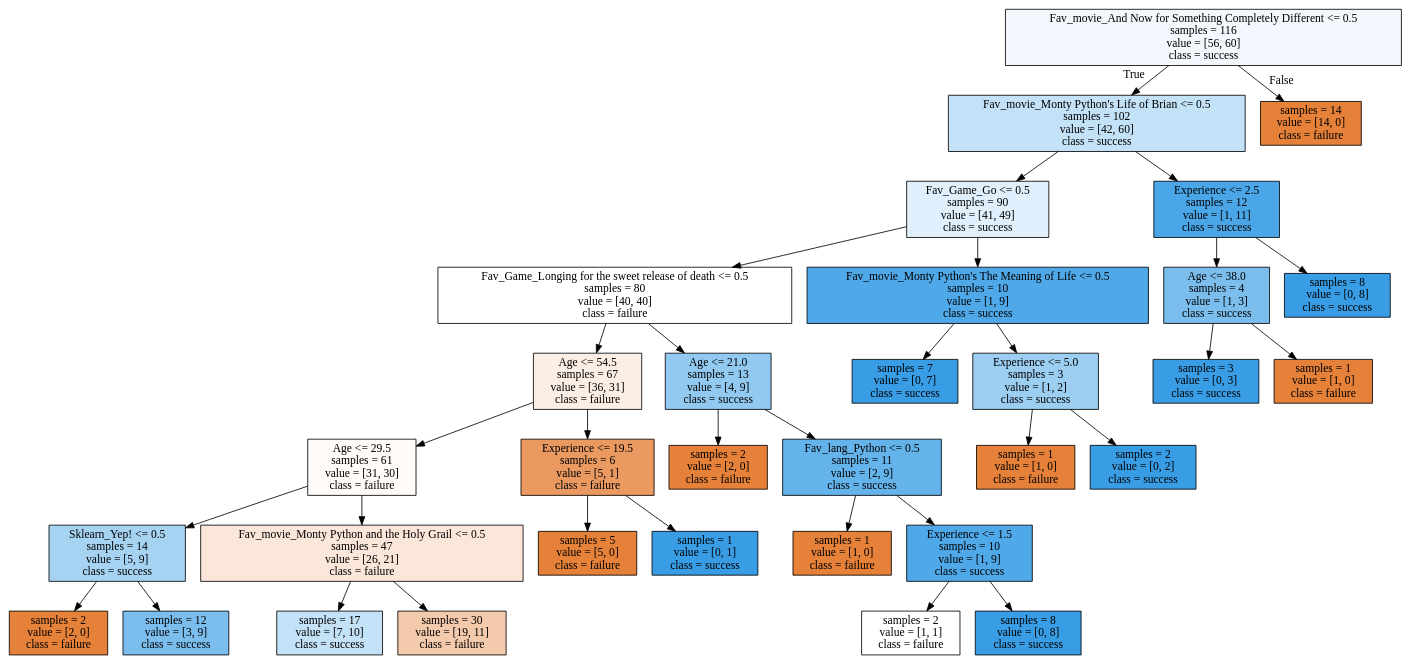
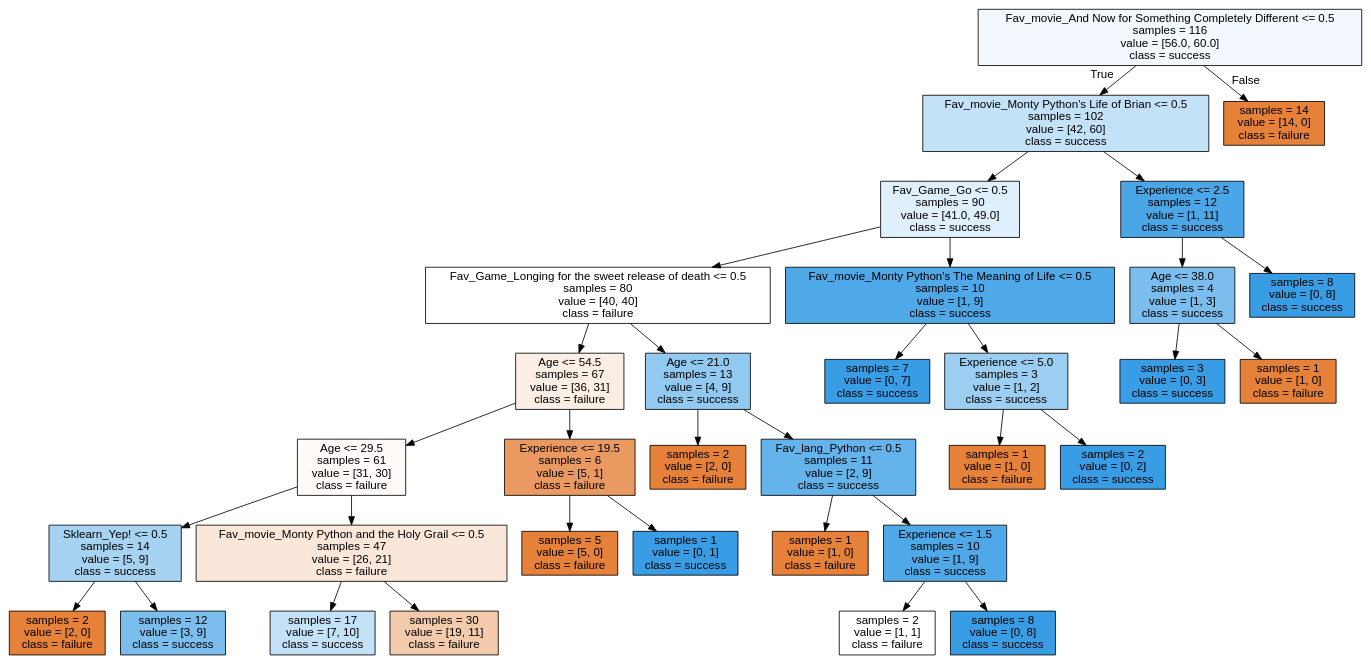
The diagram in ml-good.dot (ErudioOne/scikit-learn), drawn with Graphviz before and after one commit. The commit also changed 1 other file, not shown here.

```diff
--- a/ml-good.dot
+++ b/ml-good.dot
@@ -1,68 +1,69 @@
 digraph Tree {
-node [shape=box, style="filled", color="black"] ;
-0 [label="Fav_movie_And Now for Something Completely Different <= 0.5\nsamples = 116\nvalue = [56, 60]\nclass = success", fillcolor="#f2f8fd"] ;
+node [shape=box, style="filled", color="black", fontname="helvetica"] ;
+edge [fontname="helvetica"] ;
+0 [label="Fav_movie_And Now for Something Completely Different <= 0.5\nsamples = 116\nvalue = [56.0, 60.0]\nclass = success", fillcolor="#f2f8fd"] ;
 1 [label="Fav_movie_Monty Python's Life of Brian <= 0.5\nsamples = 102\nvalue = [42, 60]\nclass = success", fillcolor="#c4e2f7"] ;
 0 -> 1 [labeldistance=2.5, labelangle=45, headlabel="True"] ;
-2 [label="Fav_Game_Go <= 0.5\nsamples = 90\nvalue = [41, 49]\nclass = success", fillcolor="#dfeffb"] ;
+2 [label="Fav_Game_Go <= 0.5\nsamples = 90\nvalue = [41.0, 49.0]\nclass = success", fillcolor="#dfeffb"] ;
 1 -> 2 ;
 3 [label="Fav_Game_Longing for the sweet release of death <= 0.5\nsamples = 80\nvalue = [40, 40]\nclass = failure", fillcolor="#ffffff"] ;
 2 -> 3 ;
 4 [label="Age <= 54.5\nsamples = 67\nvalue = [36, 31]\nclass = failure", fillcolor="#fbeee4"] ;
 3 -> 4 ;
 5 [label="Age <= 29.5\nsamples = 61\nvalue = [31, 30]\nclass = failure", fillcolor="#fefbf9"] ;
 4 -> 5 ;
 6 [label="Sklearn_Yep! <= 0.5\nsamples = 14\nvalue = [5, 9]\nclass = success", fillcolor="#a7d3f3"] ;
 5 -> 6 ;
 7 [label="samples = 2\nvalue = [2, 0]\nclass = failure", fillcolor="#e58139"] ;
 6 -> 7 ;
 8 [label="samples = 12\nvalue = [3, 9]\nclass = success", fillcolor="#7bbeee"] ;
 6 -> 8 ;
 9 [label="Fav_movie_Monty Python and the Holy Grail <= 0.5\nsamples = 47\nvalue = [26, 21]\nclass = failure", fillcolor="#fae7d9"] ;
 5 -> 9 ;
 10 [label="samples = 17\nvalue = [7, 10]\nclass = success", fillcolor="#c4e2f7"] ;
 9 -> 10 ;
 11 [label="samples = 30\nvalue = [19, 11]\nclass = failure", fillcolor="#f4caac"] ;
 9 -> 11 ;
 12 [label="Experience <= 19.5\nsamples = 6\nvalue = [5, 1]\nclass = failure", fillcolor="#ea9a61"] ;
 4 -> 12 ;
 13 [label="samples = 5\nvalue = [5, 0]\nclass = failure", fillcolor="#e58139"] ;
 12 -> 13 ;
 14 [label="samples = 1\nvalue = [0, 1]\nclass = success", fillcolor="#399de5"] ;
 12 -> 14 ;
 15 [label="Age <= 21.0\nsamples = 13\nvalue = [4, 9]\nclass = success", fillcolor="#91c9f1"] ;
 3 -> 15 ;
 16 [label="samples = 2\nvalue = [2, 0]\nclass = failure", fillcolor="#e58139"] ;
 15 -> 16 ;
 17 [label="Fav_lang_Python <= 0.5\nsamples = 11\nvalue = [2, 9]\nclass = success", fillcolor="#65b3eb"] ;
 15 -> 17 ;
 18 [label="samples = 1\nvalue = [1, 0]\nclass = failure", fillcolor="#e58139"] ;
 17 -> 18 ;
 19 [label="Experience <= 1.5\nsamples = 10\nvalue = [1, 9]\nclass = success", fillcolor="#4fa8e8"] ;
 17 -> 19 ;
 20 [label="samples = 2\nvalue = [1, 1]\nclass = failure", fillcolor="#ffffff"] ;
 19 -> 20 ;
 21 [label="samples = 8\nvalue = [0, 8]\nclass = success", fillcolor="#399de5"] ;
 19 -> 21 ;
 22 [label="Fav_movie_Monty Python's The Meaning of Life <= 0.5\nsamples = 10\nvalue = [1, 9]\nclass = success", fillcolor="#4fa8e8"] ;
 2 -> 22 ;
 23 [label="samples = 7\nvalue = [0, 7]\nclass = success", fillcolor="#399de5"] ;
 22 -> 23 ;
 24 [label="Experience <= 5.0\nsamples = 3\nvalue = [1, 2]\nclass = success", fillcolor="#9ccef2"] ;
 22 -> 24 ;
 25 [label="samples = 1\nvalue = [1, 0]\nclass = failure", fillcolor="#e58139"] ;
 24 -> 25 ;
 26 [label="samples = 2\nvalue = [0, 2]\nclass = success", fillcolor="#399de5"] ;
 24 -> 26 ;
 27 [label="Experience <= 2.5\nsamples = 12\nvalue = [1, 11]\nclass = success", fillcolor="#4ba6e7"] ;
 1 -> 27 ;
 28 [label="Age <= 38.0\nsamples = 4\nvalue = [1, 3]\nclass = success", fillcolor="#7bbeee"] ;
 27 -> 28 ;
 29 [label="samples = 3\nvalue = [0, 3]\nclass = success", fillcolor="#399de5"] ;
 28 -> 29 ;
 30 [label="samples = 1\nvalue = [1, 0]\nclass = failure", fillcolor="#e58139"] ;
 28 -> 30 ;
 31 [label="samples = 8\nvalue = [0, 8]\nclass = success", fillcolor="#399de5"] ;
 27 -> 31 ;
 32 [label="samples = 14\nvalue = [14, 0]\nclass = failure", fillcolor="#e58139"] ;
 0 -> 32 [labeldistance=2.5, labelangle=-45, headlabel="False"] ;
 }
```
